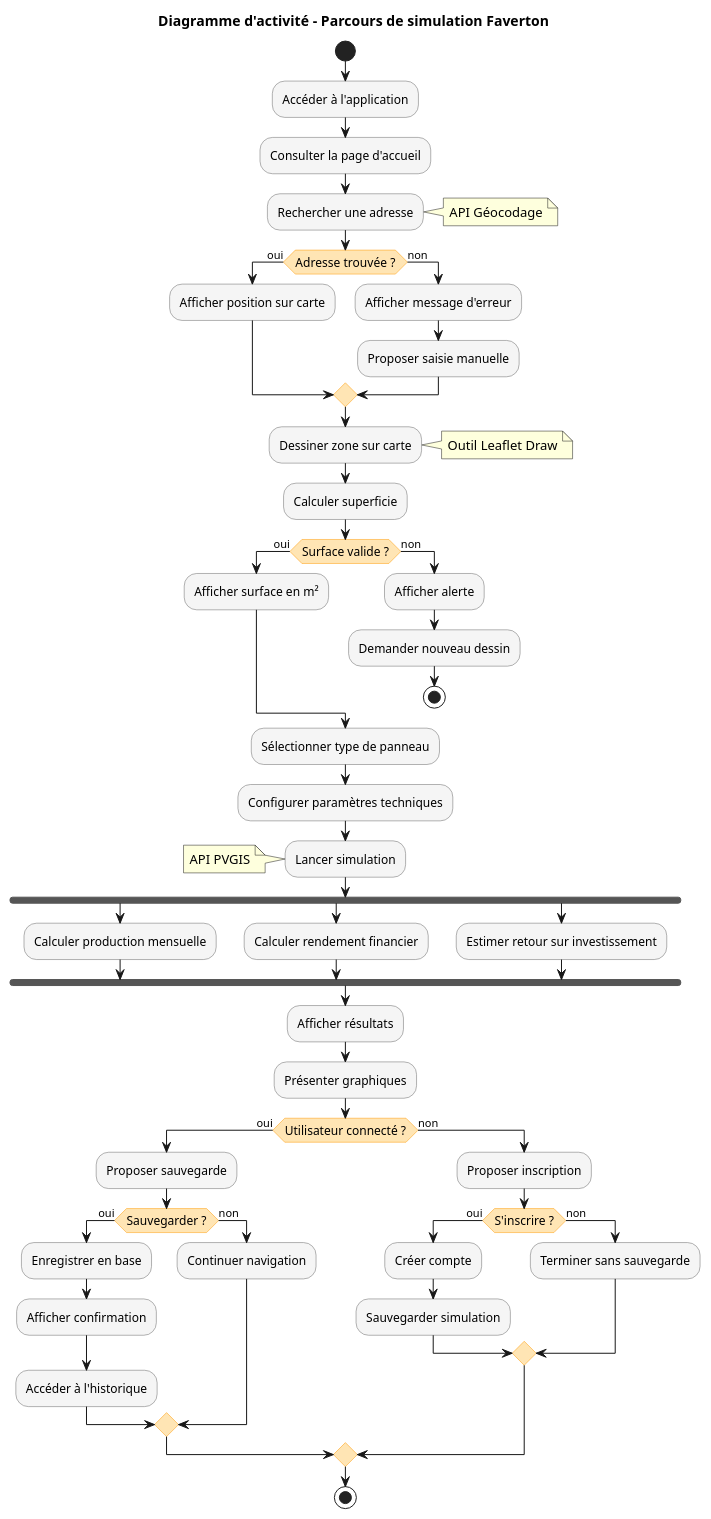
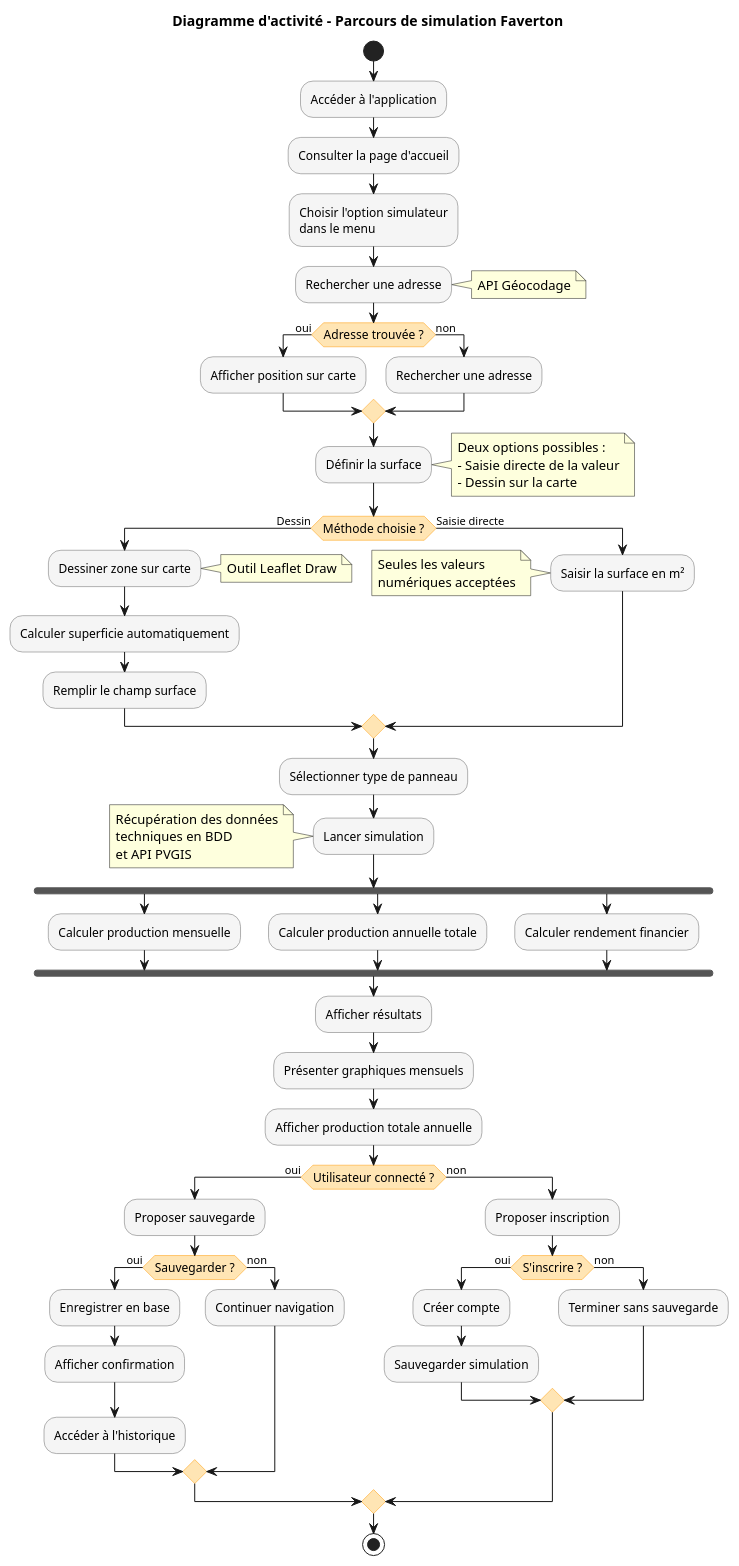
The diagram in faverton-nuxt3/doc/02-activity_diagram.puml (Huor97/faverton-app), drawn with PlantUML before and after one commit. The commit also changed 1 other file, not shown here.

Commit message:
update actibity and class diagram

```diff
--- a/faverton-nuxt3/doc/02-activity_diagram.puml
+++ b/faverton-nuxt3/doc/02-activity_diagram.puml
@@ -1,83 +1,84 @@
 @startuml Faverton_Activity_Diagram
 ' Configuration
 skinparam activity {
     BackgroundColor #F5F5F5
     BorderColor #666666
     FontSize 12
 }
 skinparam activityDiamond {
     BackgroundColor #FFE5B4
     BorderColor #FF9800
 }
 
 title Diagramme d'activité - Parcours de simulation Faverton
 
 start
 
 :Accéder à l'application;
 :Consulter la page d'accueil;
 
+:Choisir l'option simulateur\ndans le menu;
+
 :Rechercher une adresse;
 note right: API Géocodage
 
 if (Adresse trouvée ?) then (oui)
     :Afficher position sur carte;
 else (non)
-    :Afficher message d'erreur;
-    :Proposer saisie manuelle;
+    :Rechercher une adresse;
 endif
 
-:Dessiner zone sur carte;
-note right: Outil Leaflet Draw
+:Définir la surface;
+note right: Deux options possibles :\n- Saisie directe de la valeur\n- Dessin sur la carte
 
-:Calculer superficie;
-
-if (Surface valide ?) then (oui)
-    :Afficher surface en m²;
-else (non)
-    :Afficher alerte;
-    :Demander nouveau dessin;
-    stop
+if (Méthode choisie ?) then (Dessin)
+    :Dessiner zone sur carte;
+    note right: Outil Leaflet Draw
+    :Calculer superficie automatiquement;
+    :Remplir le champ surface;
+else (Saisie directe)
+    :Saisir la surface en m²;
+    note left: Seules les valeurs\nnumériques acceptées
 endif
 
 :Sélectionner type de panneau;
-:Configurer paramètres techniques;
 
 :Lancer simulation;
-note left: API PVGIS
+note left: Récupération des données\ntechniques en BDD\net API PVGIS
 
 fork
     :Calculer production mensuelle;
 fork again
+    :Calculer production annuelle totale;
+fork again
     :Calculer rendement financier;
-fork again
-    :Estimer retour sur investissement;
 end fork
 
 :Afficher résultats;
-:Présenter graphiques;
+:Présenter graphiques mensuels;
+:Afficher production totale annuelle;
 
 if (Utilisateur connecté ?) then (oui)
     :Proposer sauvegarde;
     
     if (Sauvegarder ?) then (oui)
         :Enregistrer en base;
         :Afficher confirmation;
         :Accéder à l'historique;
     else (non)
         :Continuer navigation;
     endif
 else (non)
     :Proposer inscription;
     
     if (S'inscrire ?) then (oui)
         :Créer compte;
         :Sauvegarder simulation;
     else (non)
         :Terminer sans sauvegarde;
     endif
 endif
 
 stop
 
 @enduml
```
